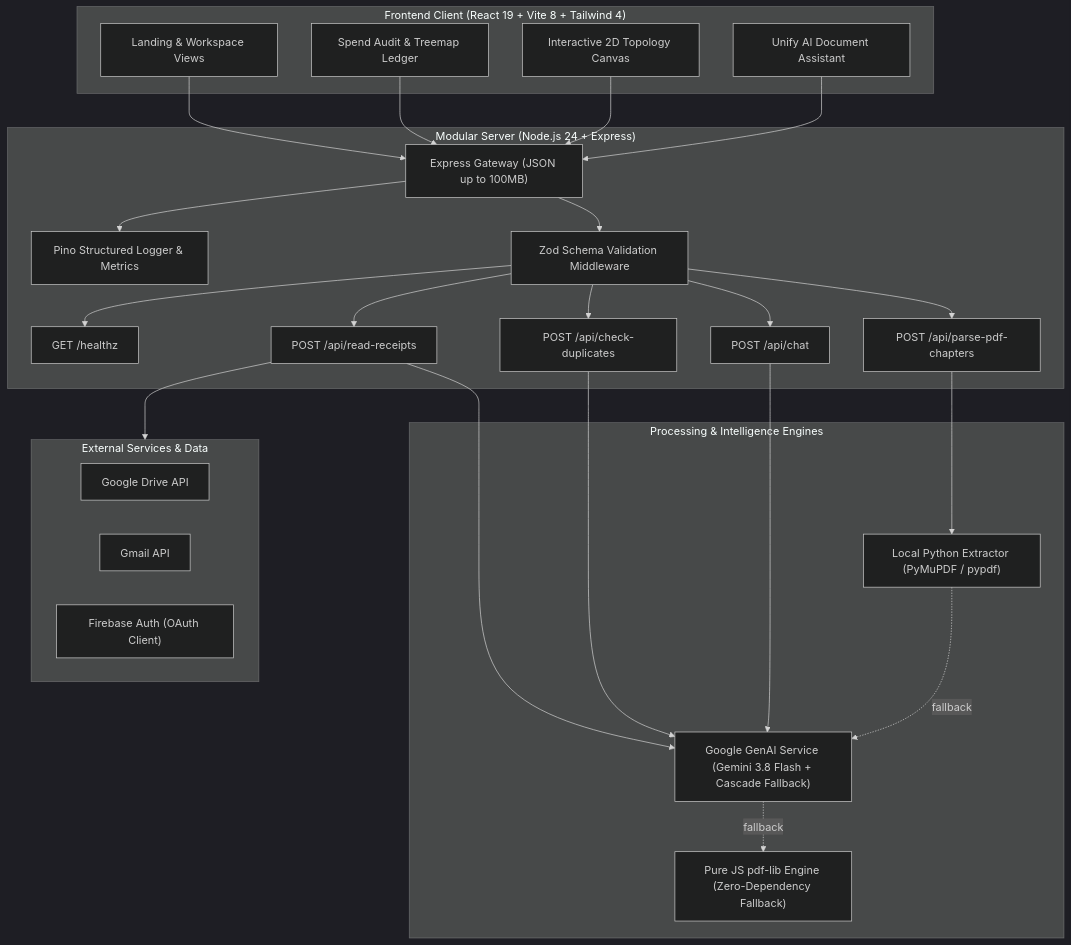
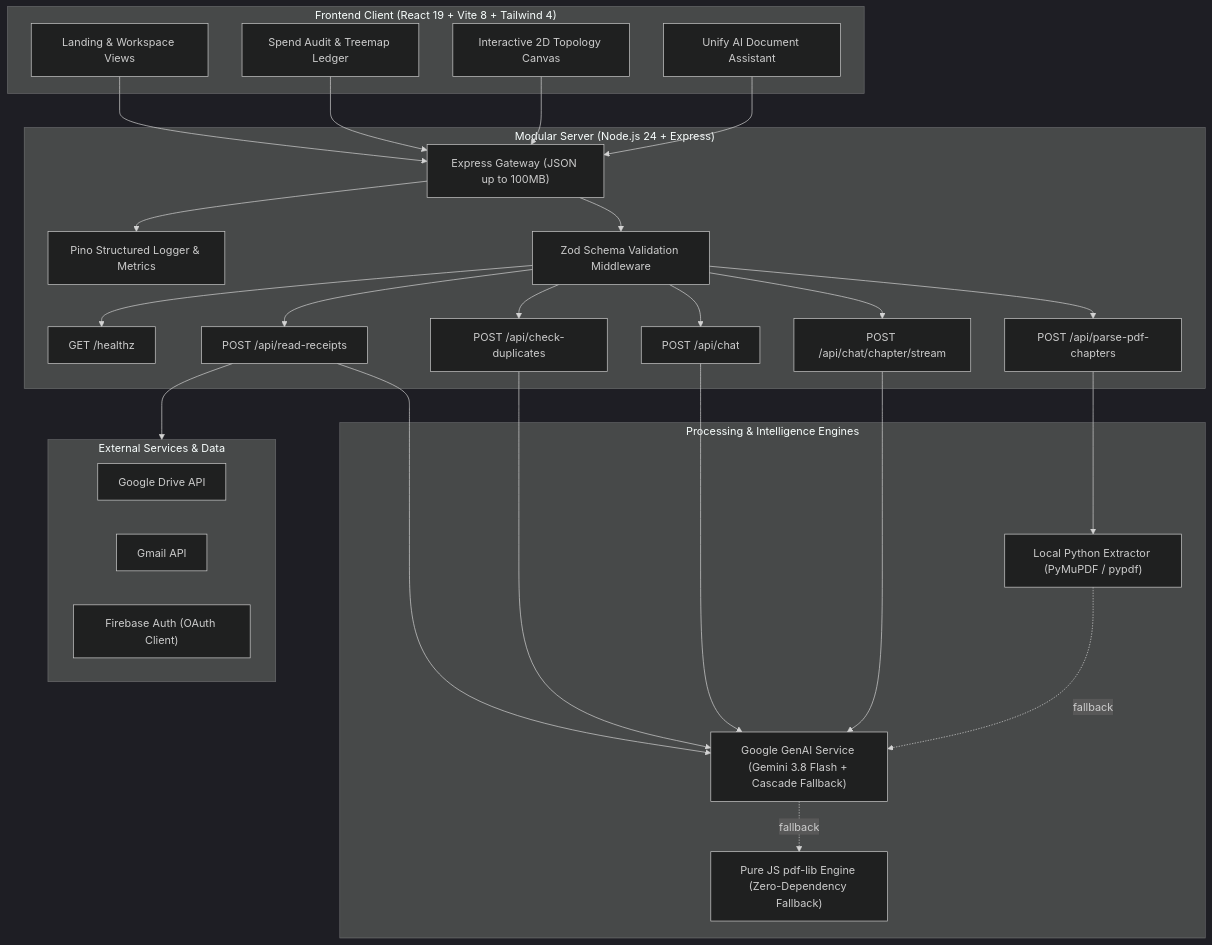
One commit to Lokeshgandreddy81/OpenedUP changed the diagram in README.md. Above: the diagram before and after it, drawn with Mermaid (dark theme). The commit also changed 55 other files, not shown here.

Commit message:
feat: refine artifacts and add grounded chapter chat

````diff
--- a/README.md
+++ b/README.md
@@ -17,55 +17,58 @@
 ```mermaid
 graph TD
     subgraph Client ["Frontend Client (React 19 + Vite 8 + Tailwind 4)"]
         UI["Landing & Workspace Views"]
         AuditView["Spend Audit & Treemap Ledger"]
         RoadmapCanvas["Interactive 2D Topology Canvas"]
         ChatInterface["Unify AI Document Assistant"]
     end
 
     subgraph API ["Modular Server (Node.js 24 + Express)"]
         Router["Express Gateway (JSON up to 100MB)"]
         Logger["Pino Structured Logger & Metrics"]
         Validator["Zod Schema Validation Middleware"]
         HealthRoute["GET /healthz"]
         ReceiptRoute["POST /api/read-receipts"]
         DuplicateRoute["POST /api/check-duplicates"]
         PdfRoute["POST /api/parse-pdf-chapters"]
         ChatRoute["POST /api/chat"]
+        ChapterChatRoute["POST /api/chat/chapter/stream"]
     end
 
     subgraph Engines ["Processing & Intelligence Engines"]
         GeminiService["Google GenAI Service (Gemini 3.8 Flash + Cascade Fallback)"]
         PythonExtractor["Local Python Extractor (PyMuPDF / pypdf)"]
         PdfLibService["Pure JS pdf-lib Engine (Zero-Dependency Fallback)"]
     end
 
     subgraph Integrations ["External Services & Data"]
         GoogleDrive["Google Drive API"]
         Gmail["Gmail API"]
         FirebaseAuth["Firebase Auth (OAuth Client)"]
     end
 
     UI --> Router
     AuditView --> Router
     RoadmapCanvas --> Router
     ChatInterface --> Router
 
     Router --> Logger
     Router --> Validator
     Validator --> HealthRoute
     Validator --> ReceiptRoute
     Validator --> DuplicateRoute
     Validator --> PdfRoute
     Validator --> ChatRoute
+    Validator --> ChapterChatRoute
 
     ReceiptRoute --> GeminiService
     DuplicateRoute --> GeminiService
     ChatRoute --> GeminiService
+    ChapterChatRoute --> GeminiService
 
     PdfRoute --> PythonExtractor
     PythonExtractor -. fallback .-> GeminiService
     GeminiService -. fallback .-> PdfLibService
 
     ReceiptRoute --> Integrations
 ```
````
